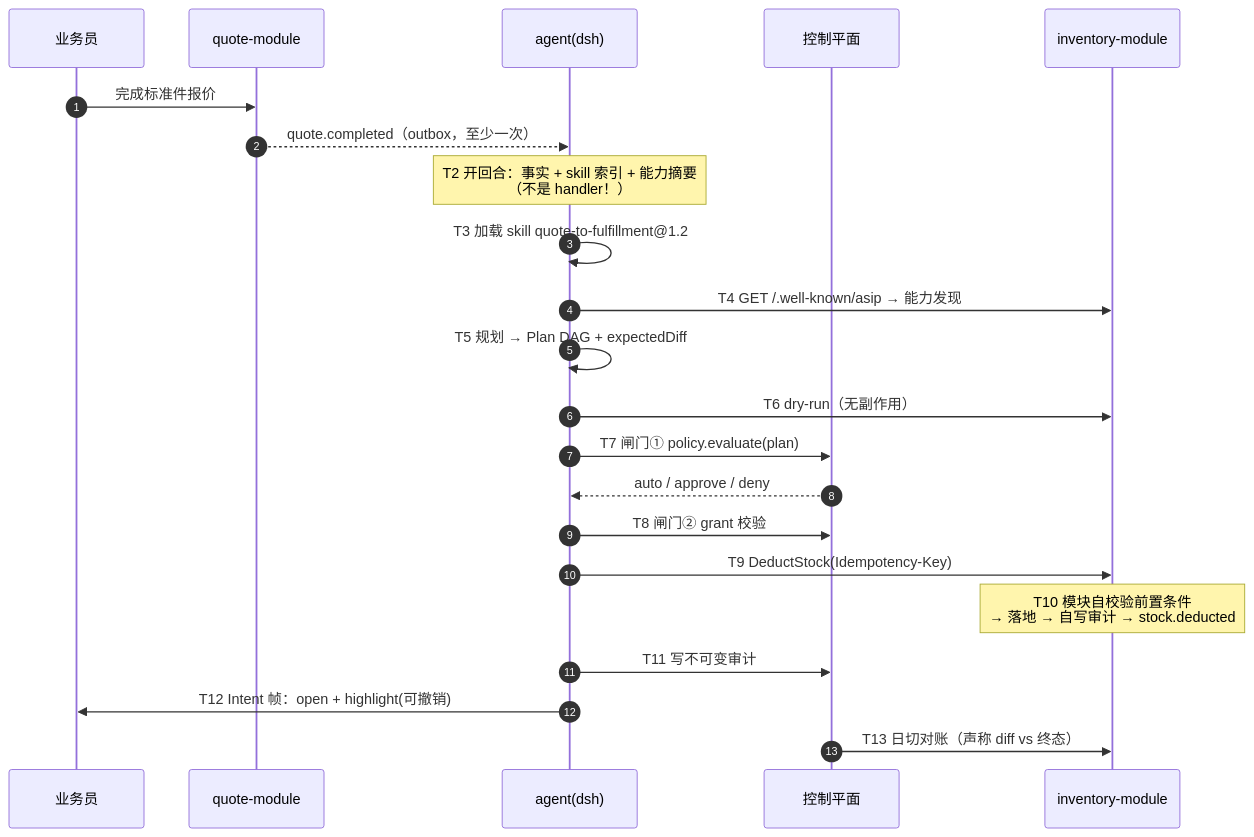
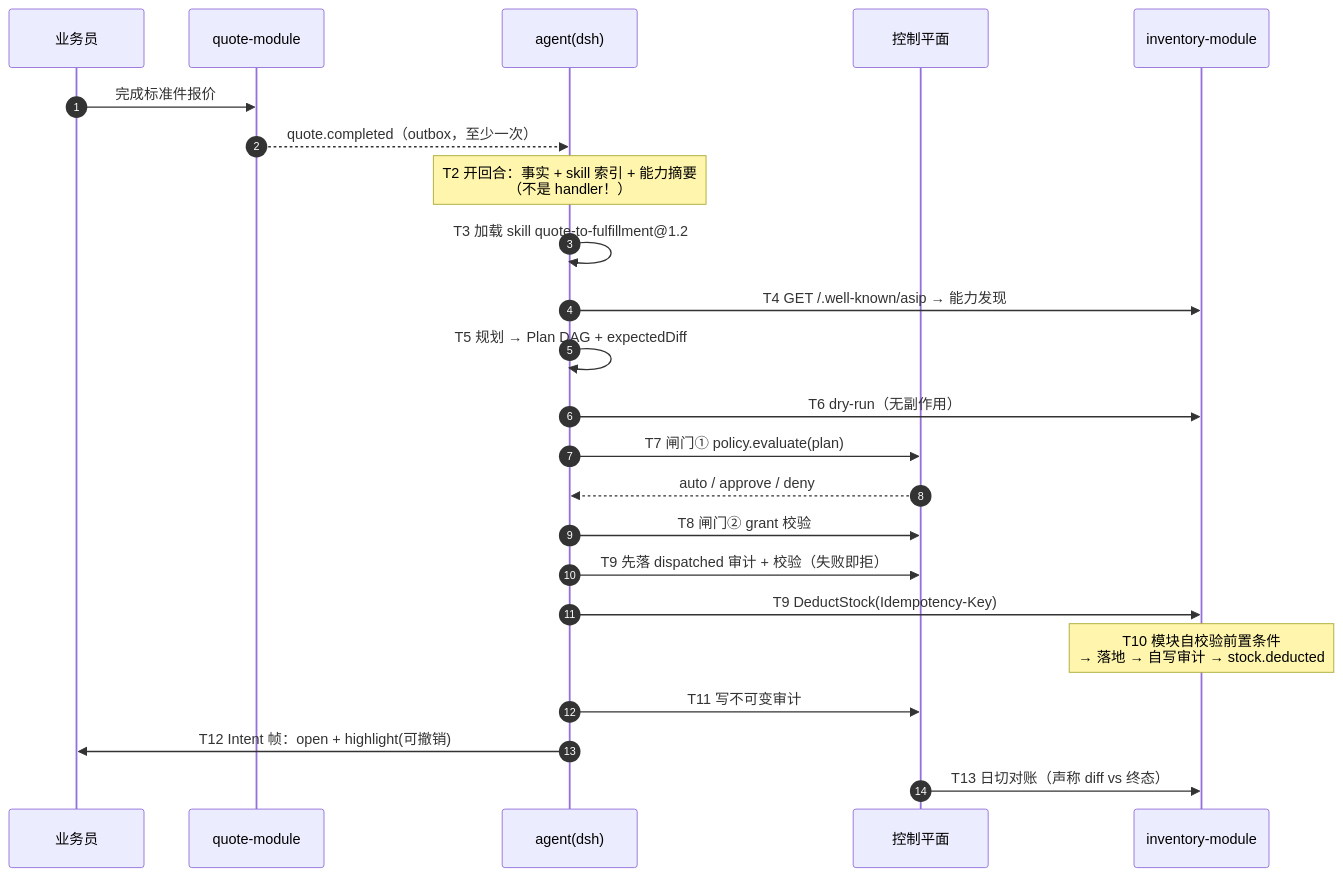
The second of 3 diagrams in docs/superpowers/specs/2026-10-27-asip-ai-driven-system-design.md (Esp-oss/tenon), drawn with Mermaid before and after one commit. The commit also changed other lines of this file and 1 other file, not shown here.

````diff
--- a/docs/superpowers/specs/2026-10-27-asip-ai-driven-system-design.md
+++ b/docs/superpowers/specs/2026-10-27-asip-ai-driven-system-design.md
@@ -323,25 +329,26 @@
 ```mermaid
 sequenceDiagram
     autonumber
     participant U as 业务员
     participant Q as quote-module
     participant A as agent(dsh)
     participant P as 控制平面
     participant I as inventory-module
 
     U->>Q: 完成标准件报价
     Q-->>A: quote.completed（outbox，至少一次）
     Note over A: T2 开回合：事实 + skill 索引 + 能力摘要<br/>（不是 handler！）
     A->>A: T3 加载 skill quote-to-fulfillment@1.2
     A->>I: T4 GET /.well-known/asip → 能力发现
     A->>A: T5 规划 → Plan DAG + expectedDiff
     A->>I: T6 dry-run（无副作用）
     A->>P: T7 闸门① policy.evaluate(plan)
     P-->>A: auto / approve / deny
     A->>P: T8 闸门② grant 校验
+    A->>P: T9 先落 dispatched 审计 + 校验（失败即拒）
     A->>I: T9 DeductStock(Idempotency-Key)
     Note over I: T10 模块自校验前置条件<br/>→ 落地 → 自写审计 → stock.deducted
     A->>P: T11 写不可变审计
     A->>U: T12 Intent 帧：open + highlight(可撤销)
     P->>I: T13 日切对账（声称 diff vs 终态）
 ```
````
